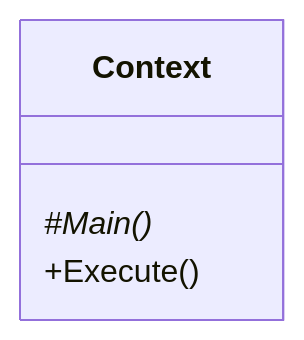
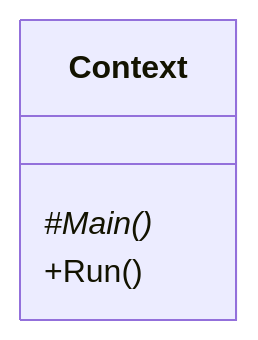
One commit to ix-ax/AXOpen changed the first of 4 diagrams in src/core/ctrl/README.md. Above: the diagram before and after it, drawn with Mermaid. The commit also changed other lines of this file and 14 other files, not shown here.

Commit message:
refactoring Execute => Run

````diff
--- a/src/core/ctrl/README.md
+++ b/src/core/ctrl/README.md
@@ -14,7 +14,7 @@
 ```mermaid
   classDiagram 
     class Context{
         #Main()*
-        +Execute()
+        +Run()
     }     
 ```
````
